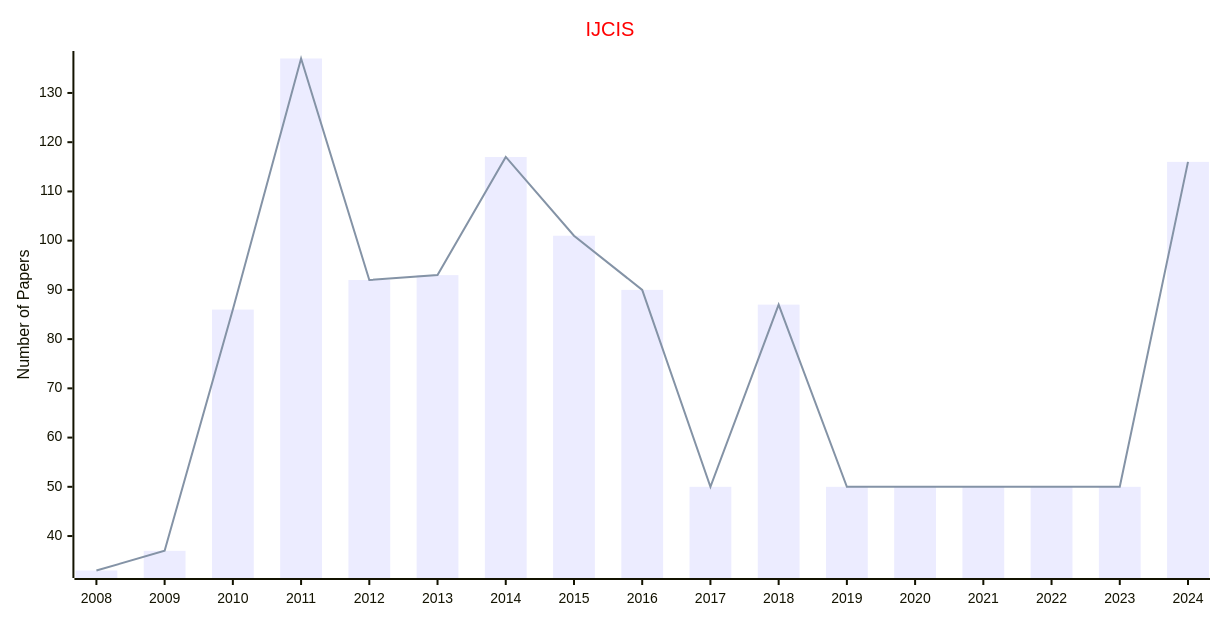
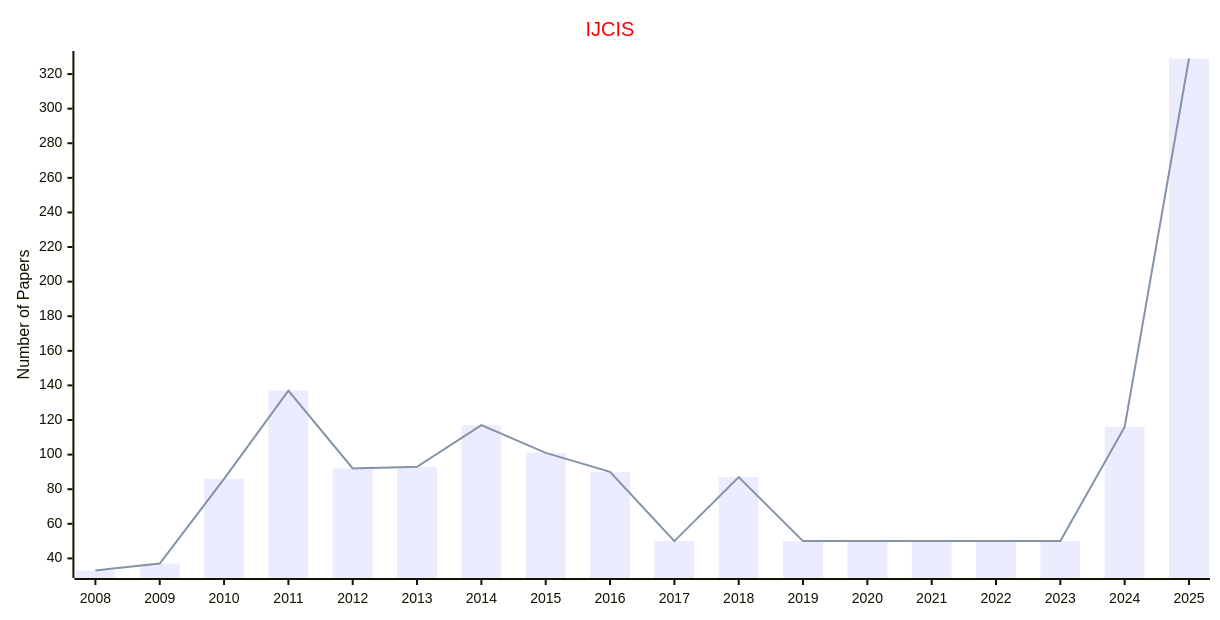
One commit to Easy-PhD/AILinks changed the sixth of 10 diagrams in docs/data/Journals/Statistics_Journals/Intelligent_Systems.md. Above: the diagram before and after it, drawn with Mermaid. The commit also changed other lines of this file and 107 other files, not shown here.

````diff
--- a/docs/data/Journals/Statistics_Journals/Intelligent_Systems.md
+++ b/docs/data/Journals/Statistics_Journals/Intelligent_Systems.md
@@ -129,17 +129,17 @@
 ```mermaid
 ---
 config:
     xyChart:
         width: 1200
         height: 600
     themeVariables:
         xyChart:
             titleColor: "#ff0000"
 ---
 xychart-beta
     title "IJCIS"
-    x-axis [2008, 2009, 2010, 2011, 2012, 2013, 2014, 2015, 2016, 2017, 2018, 2019, 2020, 2021, 2022, 2023, 2024]
+    x-axis [2008, 2009, 2010, 2011, 2012, 2013, 2014, 2015, 2016, 2017, 2018, 2019, 2020, 2021, 2022, 2023, 2024, 2025]
     y-axis "Number of Papers"
-    bar [33, 37, 86, 137, 92, 93, 117, 101, 90, 50, 87, 50, 50, 50, 50, 50, 116]
-    line [33, 37, 86, 137, 92, 93, 117, 101, 90, 50, 87, 50, 50, 50, 50, 50, 116]
+    bar [33, 37, 86, 137, 92, 93, 117, 101, 90, 50, 87, 50, 50, 50, 50, 50, 116, 329]
+    line [33, 37, 86, 137, 92, 93, 117, 101, 90, 50, 87, 50, 50, 50, 50, 50, 116, 329]
 ```
````
